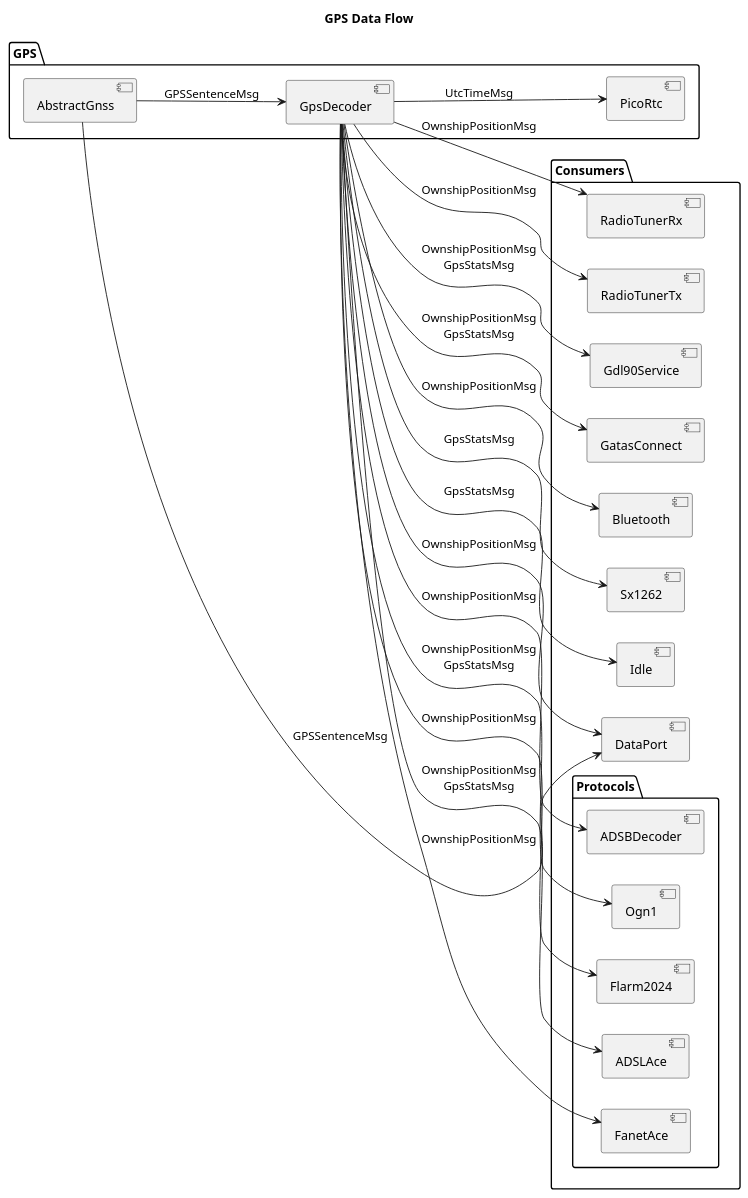
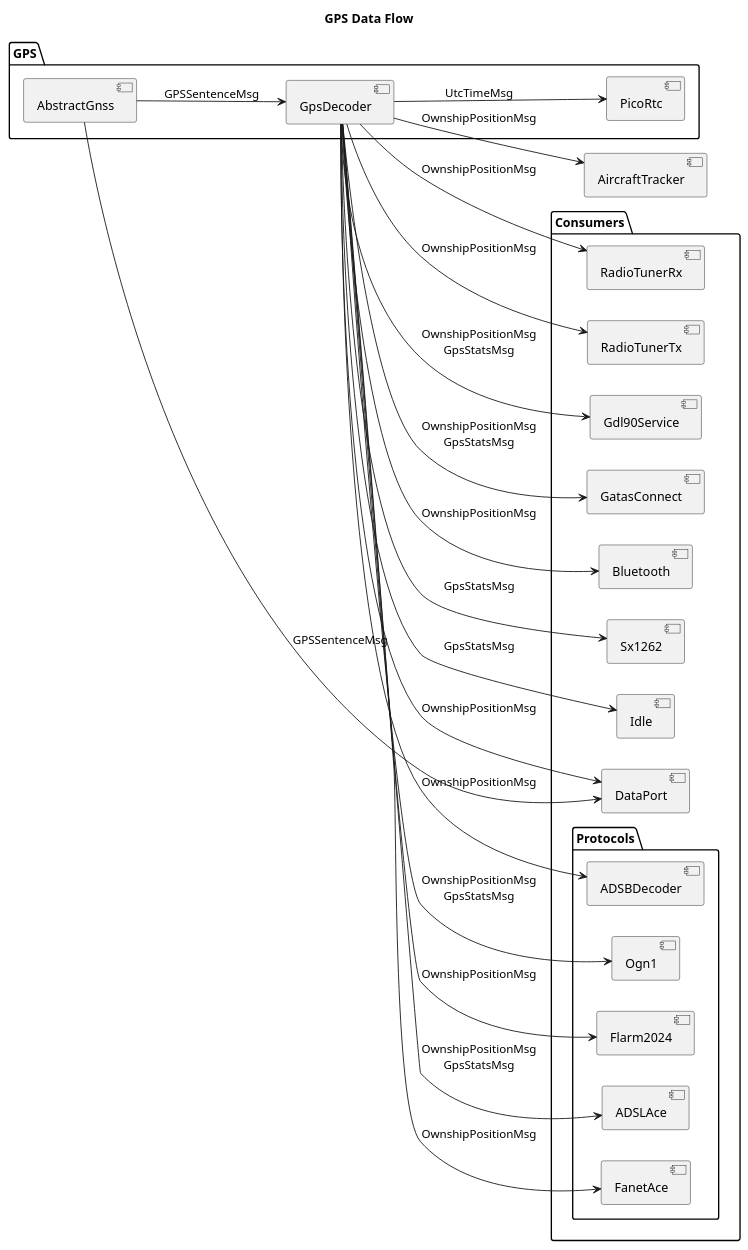
One commit to Duke306/openace changed the second of 7 diagrams in doc/message-bus.md. Above: the diagram before and after it, drawn with PlantUML. The commit also changed other lines of this file and 73 other files, not shown here.

````diff
--- a/doc/message-bus.md
+++ b/doc/message-bus.md
@@ -120,54 +121,55 @@
 ```plantuml
 ' =====================================================================
 ' GPS DATA FLOW
 ' =====================================================================
 @startuml
 title GPS Data Flow
 
 left to right direction
 
 package "GPS" {
     [AbstractGnss]
     [GpsDecoder]
     [PicoRtc]
 }
 
 package "Consumers" {
     package "Protocols" {
         [Ogn1]
         [Flarm2024]
         [ADSLAce]
         [FanetAce]
         [ADSBDecoder]
     }
     [RadioTunerRx]
     [RadioTunerTx]
     [Gdl90Service]
     [DataPort]
     [GatasConnect]
     [Bluetooth]
     [Sx1262]
     [Idle]
 }
 
 [AbstractGnss] --> [GpsDecoder] : GPSSentenceMsg
 [GpsDecoder] --> [Ogn1] : OwnshipPositionMsg\nGpsStatsMsg
 [GpsDecoder] --> [Flarm2024] : OwnshipPositionMsg
 [GpsDecoder] --> [ADSLAce] : OwnshipPositionMsg\nGpsStatsMsg
 [GpsDecoder] --> [FanetAce] : OwnshipPositionMsg
 [GpsDecoder] --> [ADSBDecoder] : OwnshipPositionMsg
+[GpsDecoder] --> [AircraftTracker] : OwnshipPositionMsg
 [GpsDecoder] --> [RadioTunerRx] : OwnshipPositionMsg
 [GpsDecoder] --> [RadioTunerTx] : OwnshipPositionMsg
 [GpsDecoder] --> [Gdl90Service] : OwnshipPositionMsg\nGpsStatsMsg
 [GpsDecoder] --> [DataPort] : OwnshipPositionMsg
 [GpsDecoder] --> [GatasConnect] : OwnshipPositionMsg\nGpsStatsMsg
 [GpsDecoder] --> [Bluetooth] : OwnshipPositionMsg
 [GpsDecoder] --> [Sx1262] : GpsStatsMsg
 [GpsDecoder] --> [Idle] : GpsStatsMsg
 
 [GpsDecoder] --> [PicoRtc] : UtcTimeMsg
 
 [AbstractGnss] --> [DataPort] : GPSSentenceMsg
 
 @enduml
 ```
````
